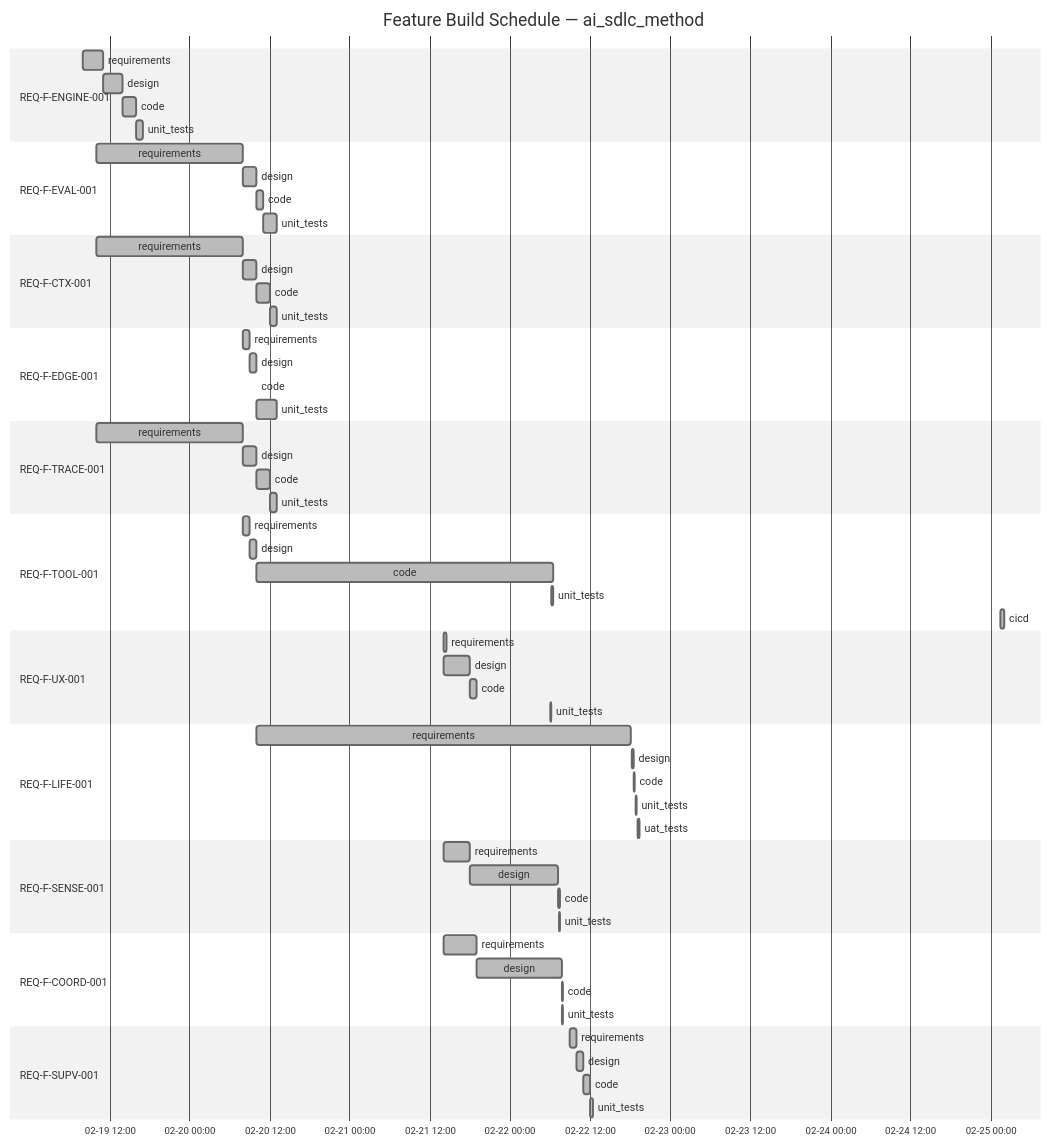
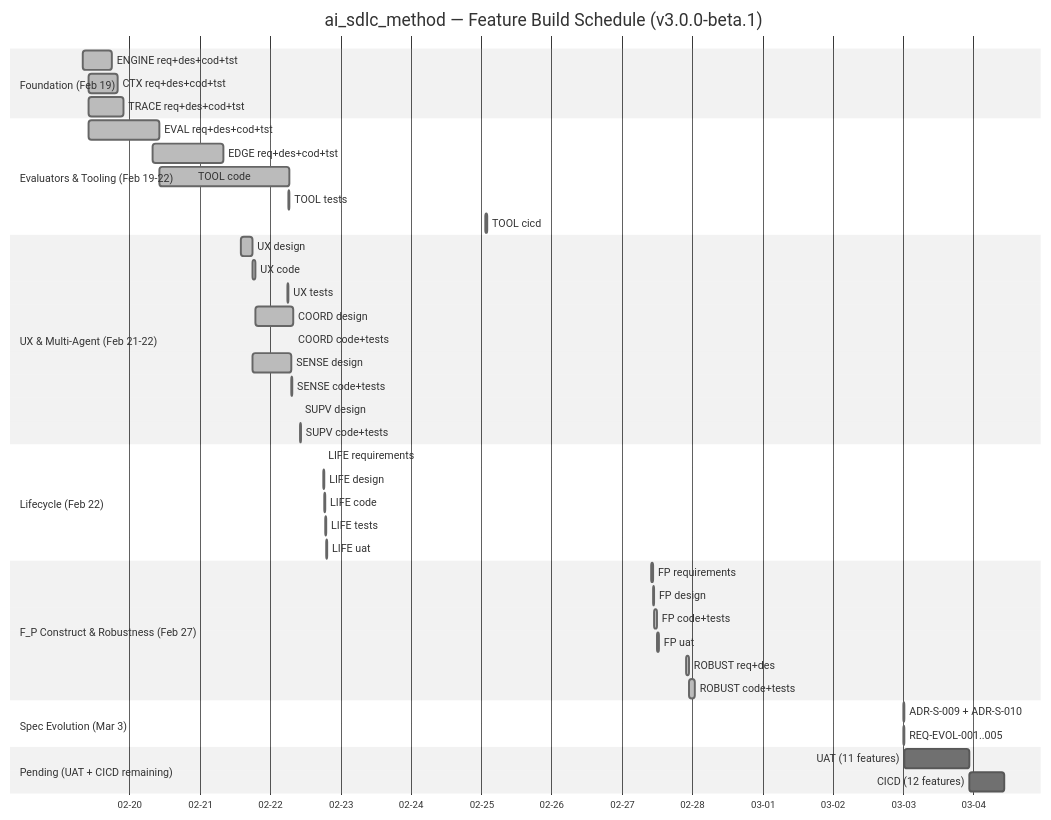
The diagram in .ai-workspace/STATUS.md (foolishimp/ai_sdlc_method), drawn with Mermaid (neutral theme) before and after one commit. The commit also changed other lines of this file and 5 other files, not shown here.

````diff
--- a/.ai-workspace/STATUS.md
+++ b/.ai-workspace/STATUS.md
@@ -39,74 +48,52 @@
 ```mermaid
 gantt
-    title Feature Build Schedule — ai_sdlc_method
+    title ai_sdlc_method — Feature Build Schedule (v3.0.0-beta.1)
     dateFormat YYYY-MM-DD HH:mm
-    axisFormat %m-%d %H:%M
+    axisFormat %m-%d
 
-    section REQ-F-ENGINE-001
-    requirements     :done, eng-req, 2026-02-19 08:00, 2026-02-19 11:00
-    design           :done, eng-des, 2026-02-19 11:00, 2026-02-19 14:00
-    code             :done, eng-cod, 2026-02-19 14:00, 2026-02-19 16:00
-    unit_tests       :done, eng-tst, 2026-02-19 16:00, 2026-02-19 17:00
+    section Foundation (Feb 19)
+    ENGINE req+des+cod+tst   :done, eng, 2026-02-19 08:00, 2026-02-19 18:00
+    CTX req+des+cod+tst      :done, ctx, 2026-02-19 10:00, 2026-02-19 20:00
+    TRACE req+des+cod+tst    :done, trc, 2026-02-19 10:00, 2026-02-19 22:00
 
-    section REQ-F-EVAL-001
-    requirements     :done, eval-req, 2026-02-19 10:00, 2026-02-20 08:00
-    design           :done, eval-des, 2026-02-20 08:00, 2026-02-20 10:00
-    code             :done, eval-cod, 2026-02-20 10:00, 2026-02-20 11:00
-    unit_tests       :done, eval-tst, 2026-02-20 11:00, 2026-02-20 13:00
+    section Evaluators & Tooling (Feb 19-22)
+    EVAL req+des+cod+tst     :done, ev,  2026-02-19 10:00, 2026-02-20 10:00
+    EDGE req+des+cod+tst     :done, edg, 2026-02-20 08:00, 2026-02-21 08:00
+    TOOL code                :done, tlc, 2026-02-20 10:00, 2026-02-22 06:30
+    TOOL tests               :done, tlt, 2026-02-22 06:15, 2026-02-22 06:30
+    TOOL cicd                :done, tlci,2026-02-25 01:30, 2026-02-25 02:05
 
-    section REQ-F-CTX-001
-    requirements     :done, ctx-req, 2026-02-19 10:00, 2026-02-20 08:00
-    design           :done, ctx-des, 2026-02-20 08:00, 2026-02-20 10:00
-    code             :done, ctx-cod, 2026-02-20 10:00, 2026-02-20 12:00
-    unit_tests       :done, ctx-tst, 2026-02-20 12:00, 2026-02-20 13:00
+    section UX & Multi-Agent (Feb 21-22)
+    UX design                :done, uxd, 2026-02-21 14:00, 2026-02-21 18:00
+    UX code                  :done, uxc, 2026-02-21 18:00, 2026-02-21 19:00
+    UX tests                 :done, uxt, 2026-02-22 06:00, 2026-02-22 06:15
+    COORD design             :done, cod, 2026-02-21 19:00, 2026-02-22 07:45
+    COORD code+tests         :done, coc, 2026-02-22 07:45, 2026-02-22 08:00
+    SENSE design             :done, sed, 2026-02-21 18:00, 2026-02-22 07:15
+    SENSE code+tests         :done, sec, 2026-02-22 07:15, 2026-02-22 07:30
+    SUPV design              :done, sud, 2026-02-22 10:00, 2026-02-22 10:15
+    SUPV code+tests          :done, suc, 2026-02-22 10:15, 2026-02-22 10:30
 
-    section REQ-F-EDGE-001
-    requirements     :done, edge-req, 2026-02-20 08:00, 2026-02-20 09:00
-    design           :done, edge-des, 2026-02-20 09:00, 2026-02-20 10:00
-    code             :done, edge-cod, 2026-02-20 10:00, 2026-02-20 10:00
-    unit_tests       :done, edge-tst, 2026-02-20 10:00, 2026-02-20 13:00
+    section Lifecycle (Feb 22)
+    LIFE requirements        :done, lir, 2026-02-22 18:05, 2026-02-22 18:10
+    LIFE design              :done, lid, 2026-02-22 18:15, 2026-02-22 18:30
+    LIFE code                :done, lic, 2026-02-22 18:35, 2026-02-22 18:45
+    LIFE tests               :done, lit, 2026-02-22 18:50, 2026-02-22 19:00
+    LIFE uat                 :done, liu, 2026-02-22 19:10, 2026-02-22 19:30
 
-    section REQ-F-TRACE-001
-    requirements     :done, trc-req, 2026-02-19 10:00, 2026-02-20 08:00
-    design           :done, trc-des, 2026-02-20 08:00, 2026-02-20 10:00
-    code             :done, trc-cod, 2026-02-20 10:00, 2026-02-20 12:00
-    unit_tests       :done, trc-tst, 2026-02-20 12:00, 2026-02-20 13:00
+    section F_P Construct & Robustness (Feb 27)
+    FP requirements          :done, fpr, 2026-02-27 10:00, 2026-02-27 10:30
+    FP design                :done, fpd, 2026-02-27 10:30, 2026-02-27 11:00
+    FP code+tests            :done, fpc, 2026-02-27 11:00, 2026-02-27 12:00
+    FP uat                   :done, fpu, 2026-02-27 12:00, 2026-02-27 12:30
+    ROBUST req+des           :done, rbr, 2026-02-27 22:00, 2026-02-27 23:00
+    ROBUST code+tests        :done, rbc, 2026-02-27 23:00, 2026-02-28 01:00
 
-    section REQ-F-TOOL-001
-    requirements     :done, tool-req, 2026-02-20 08:00, 2026-02-20 09:00
-    design           :done, tool-des, 2026-02-20 09:00, 2026-02-20 10:00
-    code             :done, tool-cod, 2026-02-20 10:00, 2026-02-22 06:30
-    unit_tests       :done, tool-tst, 2026-02-22 06:15, 2026-02-22 06:30
-    cicd             :done, tool-cicd, 2026-02-25 01:30, 2026-02-25 02:05
+    section Spec Evolution (Mar 3)
+    ADR-S-009 + ADR-S-010    :done, adr, 2026-03-03 00:00, 2026-03-03 00:30
+    REQ-EVOL-001..005        :done, evl, 2026-03-03 00:00, 2026-03-03 00:30
 
-    section REQ-F-UX-001
-    requirements     :done, ux-req, 2026-02-21 14:00, 2026-02-21 14:30
-    design           :done, ux-des, 2026-02-21 14:00, 2026-02-21 18:00
-    code             :done, ux-cod, 2026-02-21 18:00, 2026-02-21 19:00
-    unit_tests       :done, ux-tst, 2026-02-22 06:00, 2026-02-22 06:15
-
-    section REQ-F-LIFE-001
-    requirements     :done, life-req, 2026-02-20 10:00, 2026-02-22 18:10
-    design           :done, life-des, 2026-02-22 18:15, 2026-02-22 18:30
-    code             :done, life-cod, 2026-02-22 18:35, 2026-02-22 18:45
-    unit_tests       :done, life-tst, 2026-02-22 18:50, 2026-02-22 19:00
-    uat_tests        :done, life-uat, 2026-02-22 19:10, 2026-02-22 19:30
-
-    section REQ-F-SENSE-001
-    requirements     :done, sense-req, 2026-02-21 14:00, 2026-02-21 18:00
-    design           :done, sense-des, 2026-02-21 18:00, 2026-02-22 07:15
-    code             :done, sense-cod, 2026-02-22 07:15, 2026-02-22 07:30
-    unit_tests       :done, sense-tst, 2026-02-22 07:20, 2026-02-22 07:30
-
-    section REQ-F-COORD-001
-    requirements     :done, coord-req, 2026-02-21 14:00, 2026-02-21 19:00
-    design           :done, coord-des, 2026-02-21 19:00, 2026-02-22 07:45
-    code             :done, coord-cod, 2026-02-22 07:45, 2026-02-22 08:00
-    unit_tests       :done, coord-tst, 2026-02-22 07:50, 2026-02-22 08:00
-
-    section REQ-F-SUPV-001
-    requirements     :done, supv-req, 2026-02-22 09:00, 2026-02-22 10:00
-    design           :done, supv-des, 2026-02-22 10:00, 2026-02-22 11:00
-    code             :done, supv-cod, 2026-02-22 11:00, 2026-02-22 12:00
-    unit_tests       :done, supv-tst, 2026-02-22 12:00, 2026-02-22 12:30
+    section Pending (UAT + CICD remaining)
+    UAT (11 features)        :     uat-p, 2026-03-03 00:30, 22h
+    CICD (12 features)       :     cic-p, after uat-p, 12h
 ```
````
